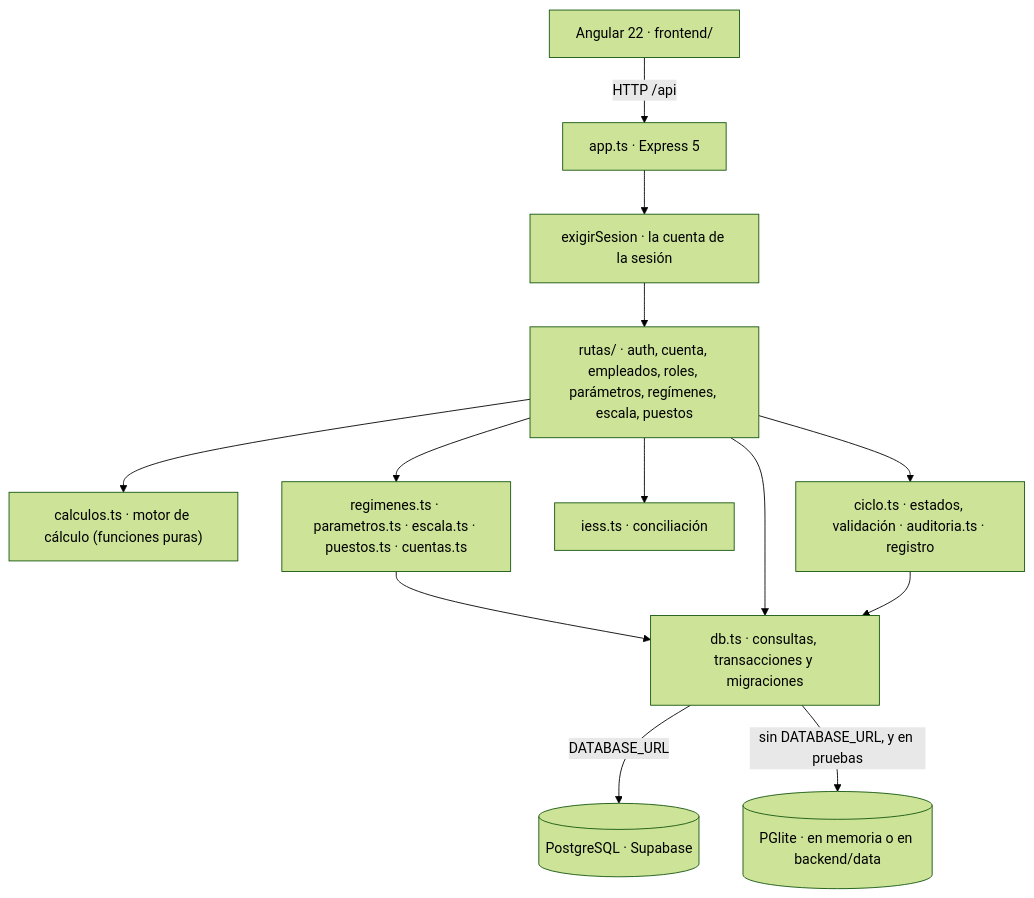
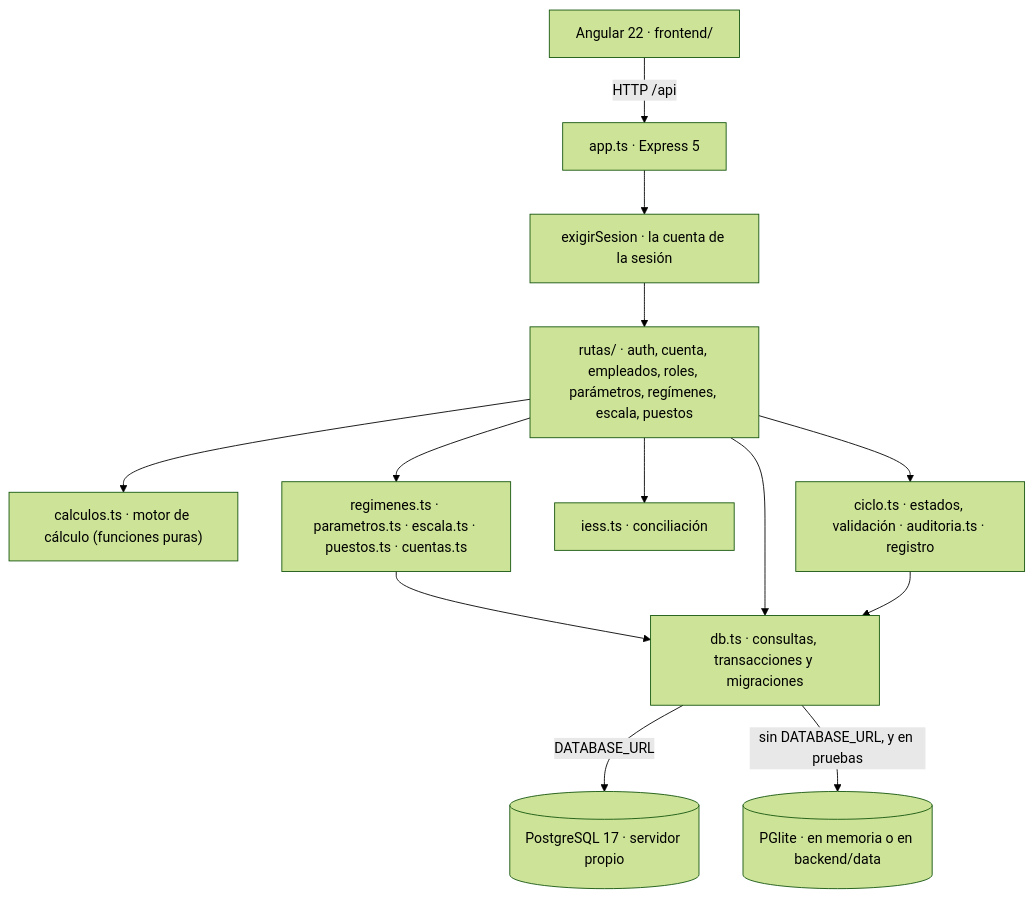
One commit to kiramman-mp3/sistema-rol-pagos-erp changed the diagram in README.md. Above: the diagram before and after it, drawn with Mermaid (forest theme). The commit also changed other lines of this file, not shown here.

Commit message:
docs: document the homelab deployment and drop Vercel and Supabase from the README

````diff
--- a/README.md
+++ b/README.md
@@ -99,17 +99,17 @@
 ```mermaid
 graph TD
     Web["Angular 22 · frontend/"] -->|HTTP /api| App["app.ts · Express 5"]
     App --> Sesion["exigirSesion · la cuenta de la sesión"]
     Sesion --> Rutas["rutas/ · auth, cuenta, empleados, roles, parámetros, regímenes, escala, puestos"]
 
     Rutas --> Motor["calculos.ts · motor de cálculo (funciones puras)"]
     Rutas --> Reglas["regimenes.ts · parametros.ts · escala.ts · puestos.ts · cuentas.ts"]
     Rutas --> IESS["iess.ts · conciliación"]
     Rutas --> Ciclo["ciclo.ts · estados, validación · auditoria.ts · registro"]
 
     Reglas --> DB["db.ts · consultas, transacciones y migraciones"]
     Rutas --> DB
     Ciclo --> DB
-    DB -->|DATABASE_URL| Supabase[("PostgreSQL · Supabase")]
+    DB -->|DATABASE_URL| Postgres[("PostgreSQL 17 · servidor propio")]
     DB -->|sin DATABASE_URL, y en pruebas| PGlite[("PGlite · en memoria o en backend/data")]
 ```
````
